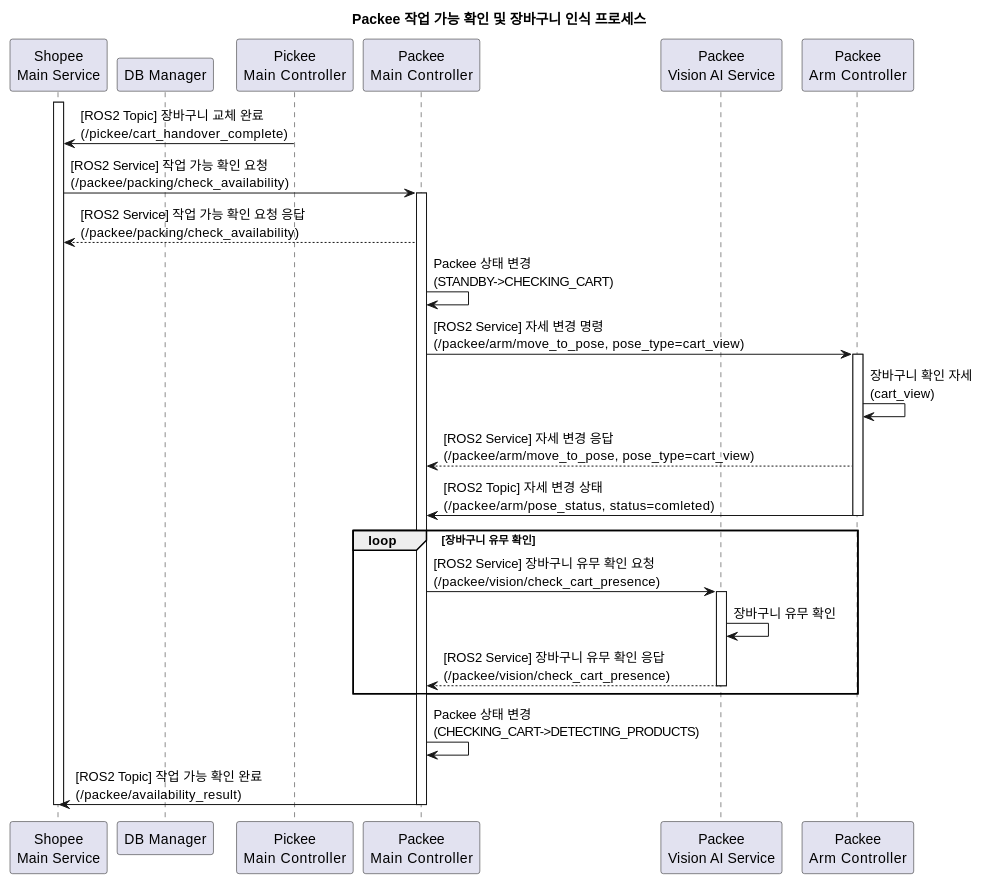
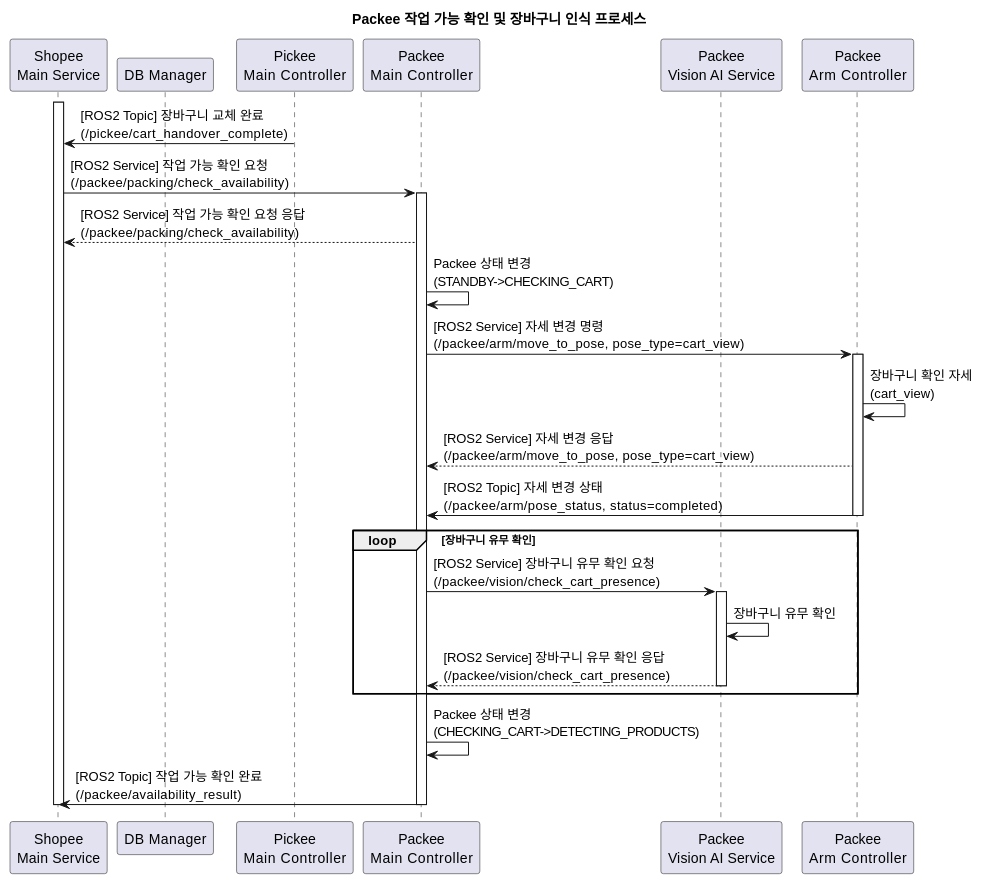
One commit to addinedu-roscamp-7th/roscamp-repo-1 changed the diagram in docs/SequenceDiagram/SC_03_3.md. Above: the diagram before and after it, drawn with PlantUML. The commit also changed 40 other files, not shown here.

```diff
--- a/docs/SequenceDiagram/SC_03_3.md
+++ b/docs/SequenceDiagram/SC_03_3.md
@@ -1,49 +1,49 @@
 @startuml
 title Packee 작업 가능 확인 및 장바구니 인식 프로세스
 
 participant "Shopee\nMain Service" as main
 participant "DB Manager" as db
 participant "Pickee\nMain Controller" as pickee
 participant "Packee\nMain Controller" as packee_main
 participant "Packee\nVision AI Service" as packee_vision
 participant "Packee\nArm Controller" as packee_arm
 
 activate main
 
 pickee -> main: [ROS2 Topic] 장바구니 교체 완료\n(/pickee/cart_handover_complete)
 
 main -> packee_main: [ROS2 Service] 작업 가능 확인 요청\n(/packee/packing/check_availability)
 activate packee_main
 
 packee_main --> main: [ROS2 Service] 작업 가능 확인 요청 응답\n(/packee/packing/check_availability)
 
 packee_main -> packee_main: Packee 상태 변경\n(STANDBY->CHECKING_CART)
 
 packee_main -> packee_arm: [ROS2 Service] 자세 변경 명령\n(/packee/arm/move_to_pose, pose_type=cart_view)
 activate packee_arm
 
 packee_arm -> packee_arm: 장바구니 확인 자세\n(cart_view)
 
 packee_arm --> packee_main: [ROS2 Service] 자세 변경 응답\n(/packee/arm/move_to_pose, pose_type=cart_view)
 
-packee_arm -> packee_main: [ROS2 Topic] 자세 변경 상태\n(/packee/arm/pose_status, status=comleted)
+packee_arm -> packee_main: [ROS2 Topic] 자세 변경 상태\n(/packee/arm/pose_status, status=completed)
 deactivate packee_arm
 
 loop 장바구니 유무 확인
     packee_main -> packee_vision: [ROS2 Service] 장바구니 유무 확인 요청\n(/packee/vision/check_cart_presence)
     activate packee_vision
 
     packee_vision -> packee_vision: 장바구니 유무 확인
 
     packee_vision --> packee_main: [ROS2 Service] 장바구니 유무 확인 응답\n(/packee/vision/check_cart_presence)
     deactivate packee_vision
 end
 
 packee_main -> packee_main: Packee 상태 변경\n(CHECKING_CART->DETECTING_PRODUCTS)
 
 packee_main -> main: [ROS2 Topic] 작업 가능 확인 완료\n(/packee/availability_result)
 
 deactivate packee_main
 deactivate main
 
 @enduml
```
